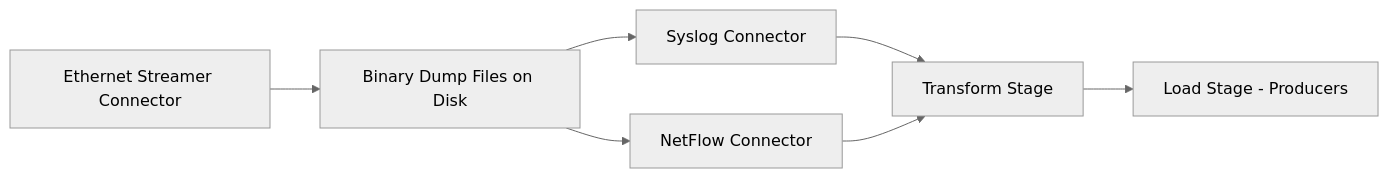
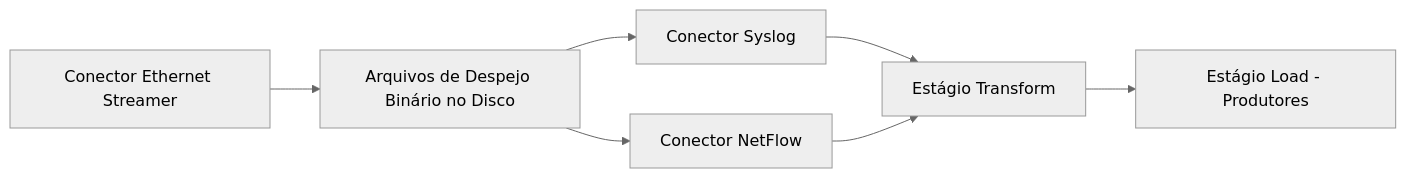
One commit to viewtinettraining/operatkln_n_maintenance_guide changed the diagram in 1.0/viewtimanager-user-guide/v-dot-s-data-broker/creating-a-custom-plugin/extract/ethernet-streamer.md. Above: the diagram before and after it, drawn with Mermaid (neutral theme). The commit also changed other lines of this file and 159 other files, not shown here.

````diff
--- a/1.0/viewtimanager-user-guide/v-dot-s-data-broker/creating-a-custom-plugin/extract/ethernet-streamer.md
+++ b/1.0/viewtimanager-user-guide/v-dot-s-data-broker/creating-a-custom-plugin/extract/ethernet-streamer.md
@@ -81,9 +80,9 @@
 ```mermaid
 flowchart LR
-  A[Ethernet Streamer Connector] --> B[Binary Dump Files on Disk]
-  B --> C[Syslog Connector]
-  B --> D[NetFlow Connector]
-  C --> E[Transform Stage]
-  D --> E[Transform Stage]
-  E --> F[Load Stage - Producers]
+  A[Conector Ethernet Streamer] --> B[Arquivos de Despejo Binário no Disco]
+  B --> C[Conector Syslog]
+  B --> D[Conector NetFlow]
+  C --> E[Estágio Transform]
+  D --> E[Estágio Transform]
+  E --> F[Estágio Load - Produtores]
 ```
````
